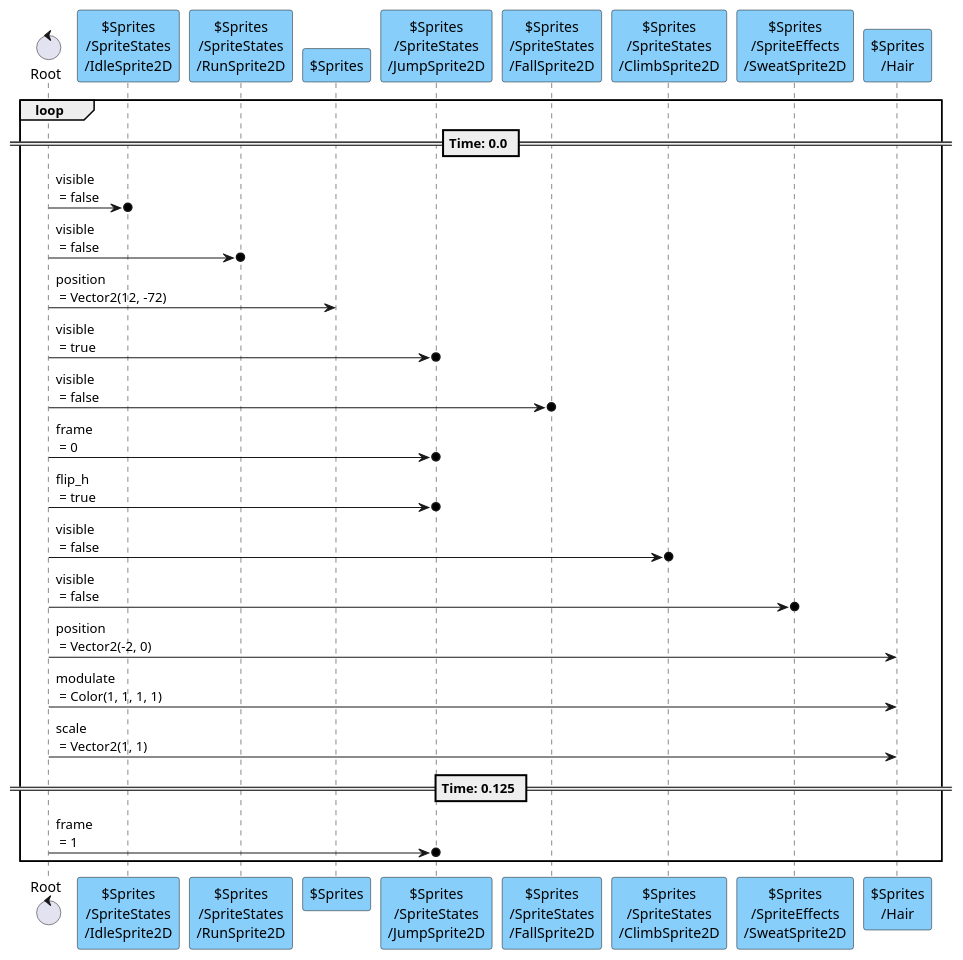
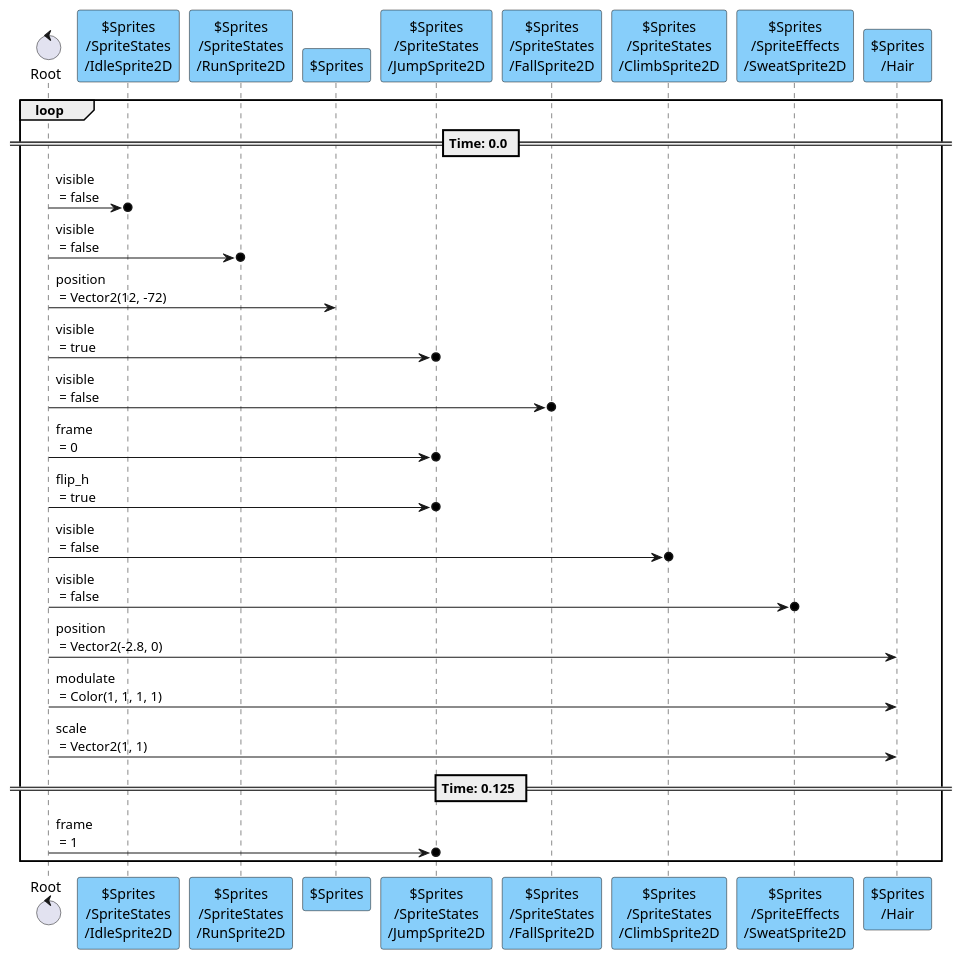
One commit to tkmfujise/Platformer-Game-Learning changed diagram 11 of 13 in content/scenes/src/player/player.tscn.adoc. Above: the diagram before and after it, drawn with PlantUML. The commit also changed other lines of this file and 7 other files, not shown here.

```diff
--- a/content/scenes/src/player/player.tscn.adoc
+++ b/content/scenes/src/player/player.tscn.adoc
@@ -1079,32 +1082,32 @@
 [plantuml]
 ....
 control "Root" as R
 participant "$Sprites\n/SpriteStates\n/IdleSprite2D" as T0 #87CEFA
 participant "$Sprites\n/SpriteStates\n/RunSprite2D" as T1 #87CEFA
 participant "$Sprites" as T2 #87CEFA
 participant "$Sprites\n/SpriteStates\n/JumpSprite2D" as T3 #87CEFA
 participant "$Sprites\n/SpriteStates\n/FallSprite2D" as T4 #87CEFA
 participant "$Sprites\n/SpriteStates\n/ClimbSprite2D" as T7 #87CEFA
 participant "$Sprites\n/SpriteEffects\n/SweatSprite2D" as T8 #87CEFA
 participant "$Sprites\n/Hair" as T9 #87CEFA
 
 
 loop
 == Time: 0.0 ==
 R  ->o  T0 : visible\n = false
 R  ->o  T1 : visible\n = false
 R  ->  T2 : position\n = Vector2(12, -72)
 R  ->o  T3 : visible\n = true
 R  ->o  T4 : visible\n = false
 R  ->o  T3 : frame\n = 0
 R  ->o  T3 : flip_h\n = true
 R  ->o  T7 : visible\n = false
 R  ->o  T8 : visible\n = false
-R  ->  T9 : position\n = Vector2(-2, 0)
+R  ->  T9 : position\n = Vector2(-2.8, 0)
 R  ->  T9 : modulate\n = Color(1, 1, 1, 1)
 R  ->  T9 : scale\n = Vector2(1, 1)
 == Time: 0.125 ==
 R  ->o  T3 : frame\n = 1
 
 end
 ....
```
